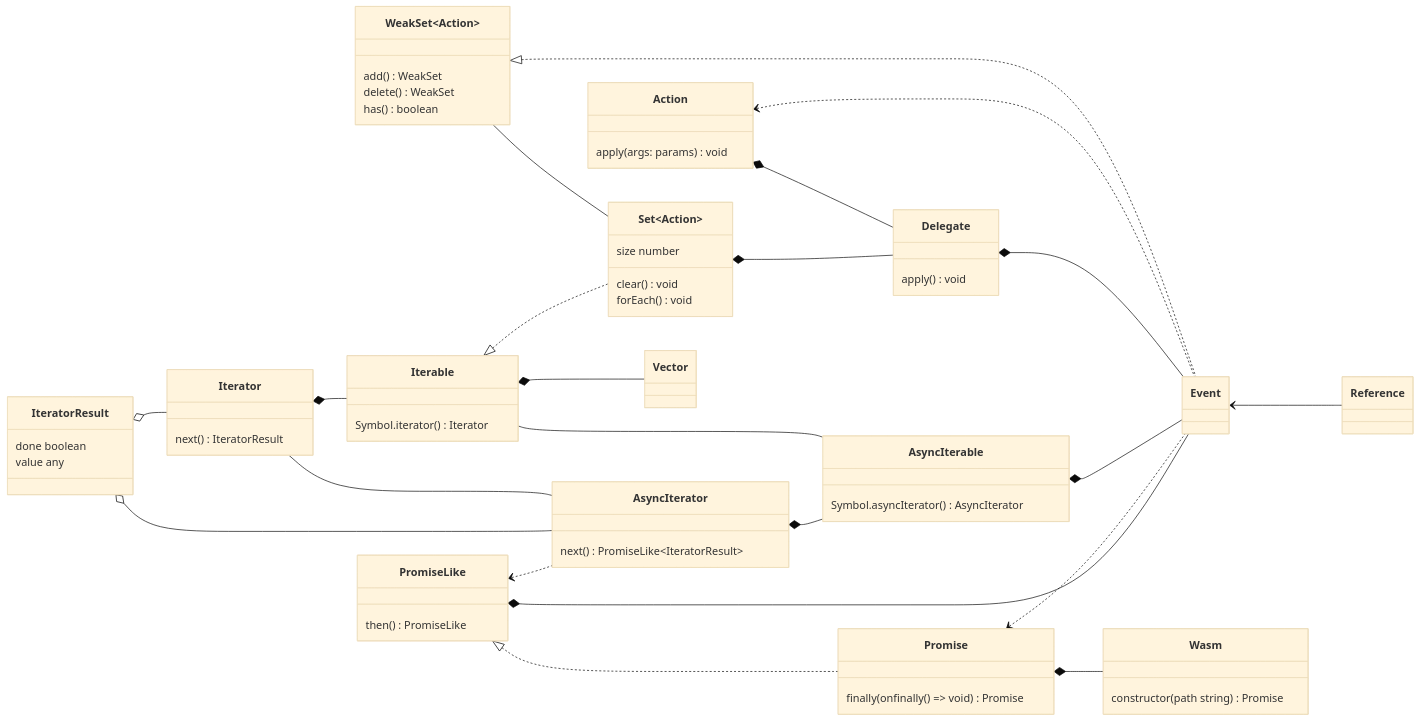
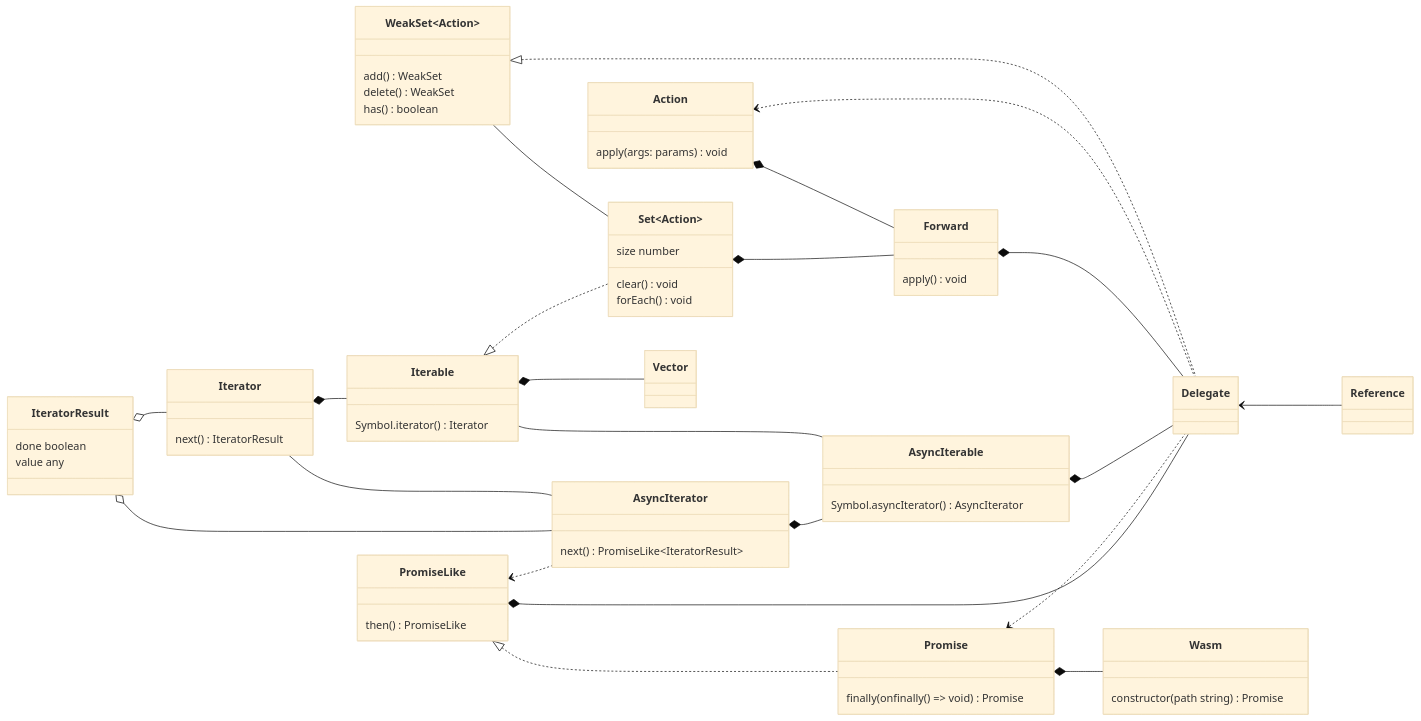
Before and after one commit to domrally/peekeasy: the sixth of 6 diagrams in README.md, drawn with Mermaid (base theme). The commit also changed other lines of this file, not shown here.

````diff
--- a/README.md
+++ b/README.md
@@ -245,75 +245,75 @@
 ```mermaid
 classDiagram
     direction LR
     PromiseLike <|.. Promise
-    PromiseLike *-- Event
+    PromiseLike *-- Delegate
     Promise *-- Wasm
-    Promise <.. Event
+    Promise <.. Delegate
     PromiseLike <.. AsyncIterator
     IteratorResult o-- AsyncIterator
     Iterator -- AsyncIterator
     AsyncIterator *-- AsyncIterable
     Iterable -- AsyncIterable
-    AsyncIterable *-- Event
+    AsyncIterable *-- Delegate
     IteratorResult o-- Iterator
     Iterator *-- Iterable
     Iterable <|.. Set~Action~
-    Delegate *-- Event
-    Action <.. Event
-    Set~Action~ *-- Delegate
-    Action *-- Delegate
+    Forward *-- Delegate
+    Action <.. Delegate
+    Set~Action~ *-- Forward
+    Action *-- Forward
     WeakSet~Action~ -- Set~Action~
-    WeakSet~Action~ <|.. Event
-    Event <-- Reference
+    WeakSet~Action~ <|.. Delegate
+    Delegate <-- Reference
     Iterable *-- Vector
     class IteratorResult {
         done boolean
         value any
     }
     class AsyncIterable {
         Symbol.asyncIterator() AsyncIterator
     }
     class Iterable {
         Symbol.iterator() Iterator
     }
     class Iterator {
         next() IteratorResult
     }
     class AsyncIterator {
         next() PromiseLike~IteratorResult~
     }
     class PromiseLike {
         then() PromiseLike
     }
     class Promise {
         finally(onfinally () => void) Promise
     }
     class Wasm {
         constructor(path string) Promise
     }
     link Wasm "https://github.com/domrally/peekeasy/blob/main/src/wasm.ts" "wasm.ts"
     class WeakSet {
         add() WeakSet
         delete() WeakSet
         has() boolean
     }
     class Set {
         size number
         clear() void
         forEach() void
     }
     class Action {
         apply(args: params) void
     }
 	 link Action "https://github.com/domrally/peekeasy/blob/main/src/action.ts" "action.ts"
-    class Delegate {
+    class Forward {
         apply() void
     }
+    link Forward "https://github.com/domrally/peekeasy/blob/main/src/forward.ts" "forward.ts"
+    class Delegate
     link Delegate "https://github.com/domrally/peekeasy/blob/main/src/delegate.ts" "delegate.ts"
-    class Event
-    link Event "https://github.com/domrally/peekeasy/blob/main/src/event.ts" "event.ts"
     class Vector
     link Vector "https://github.com/domrally/peekeasy/blob/main/src/vector.ts" "vector.ts"
 	 class Reference
 	 link Reference "https://github.com/domrally/peekeasy/blob/main/src/reference.ts" "reference.ts"
 ```
````
